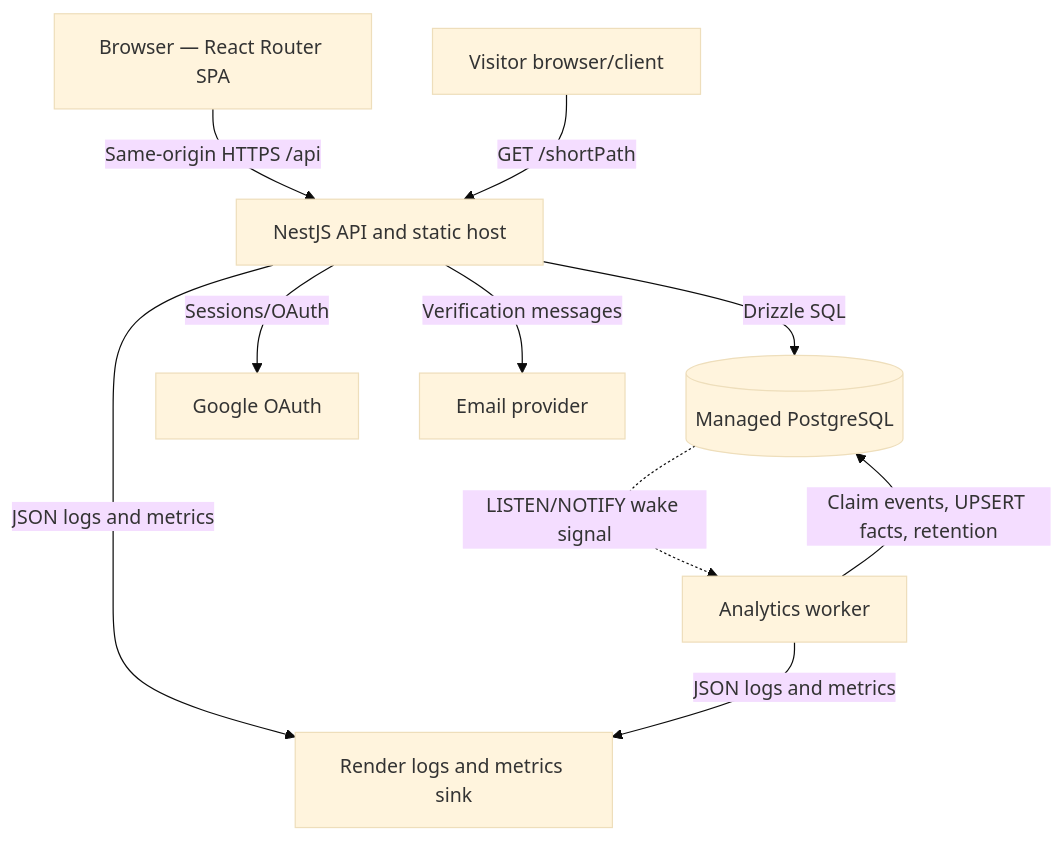
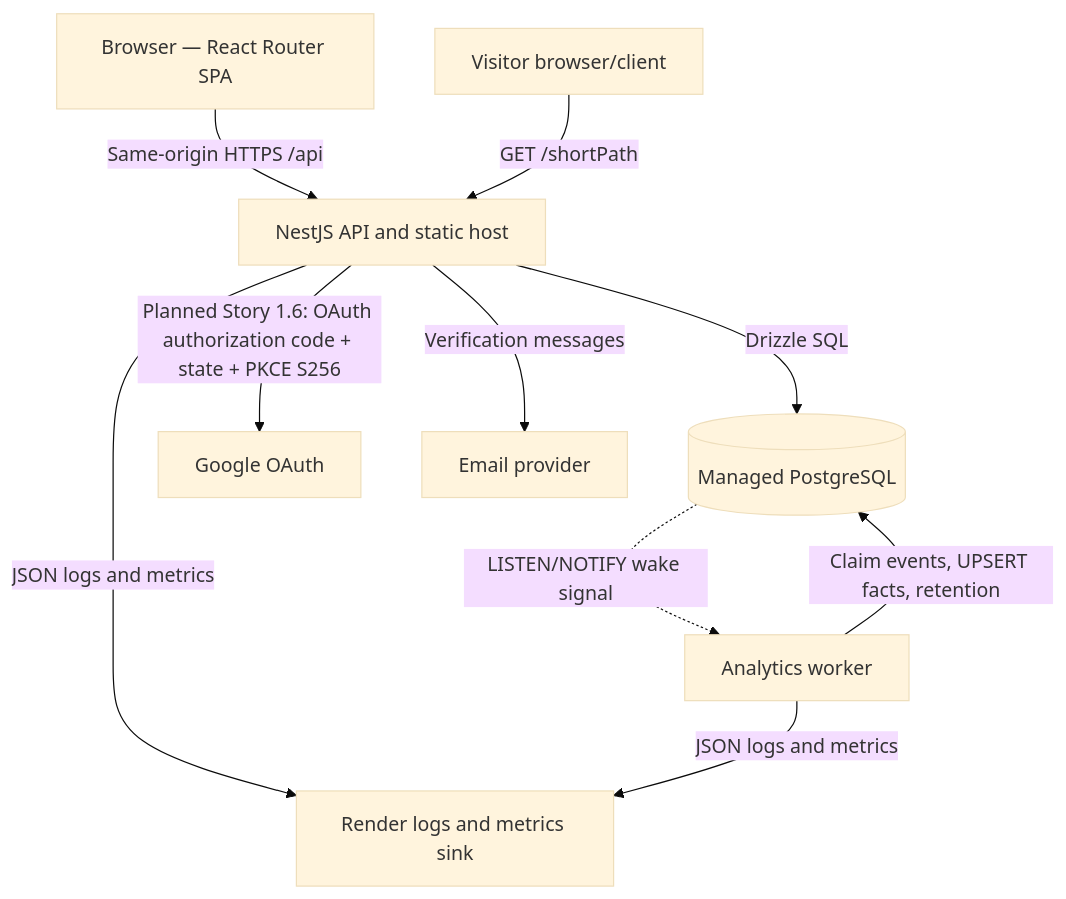
The second of 8 diagrams in _bmad-output/planning-artifacts/architecture/architecture-url_shortener_system-2026-07-19/C4-DIAGRAMS.md (AnLap2793/url_shortener_system), drawn with Mermaid (base theme) before and after one commit. The commit also changed other lines of this file and 33 other files, not shown here.

````diff
--- a/_bmad-output/planning-artifacts/architecture/architecture-url_shortener_system-2026-07-19/C4-DIAGRAMS.md
+++ b/_bmad-output/planning-artifacts/architecture/architecture-url_shortener_system-2026-07-19/C4-DIAGRAMS.md
@@ -32,21 +32,21 @@
 ```mermaid
 flowchart TB
     Browser[Browser — React Router SPA]
     Visitor[Visitor browser/client]
     API[NestJS API and static host]
     Worker[Analytics worker]
     PG[(Managed PostgreSQL)]
     Google[Google OAuth]
     Email[Email provider]
     Metrics[Render logs and metrics sink]
 
     Browser -->|Same-origin HTTPS /api| API
     Visitor -->|GET /shortPath| API
-    API -->|Sessions/OAuth| Google
+    API -->|Planned Story 1.6: OAuth authorization code + state + PKCE S256| Google
     API -->|Verification messages| Email
     API -->|Drizzle SQL| PG
     Worker -->|Claim events, UPSERT facts, retention| PG
     PG -.->|LISTEN/NOTIFY wake signal| Worker
     API -->|JSON logs and metrics| Metrics
     Worker -->|JSON logs and metrics| Metrics
 ```
````
